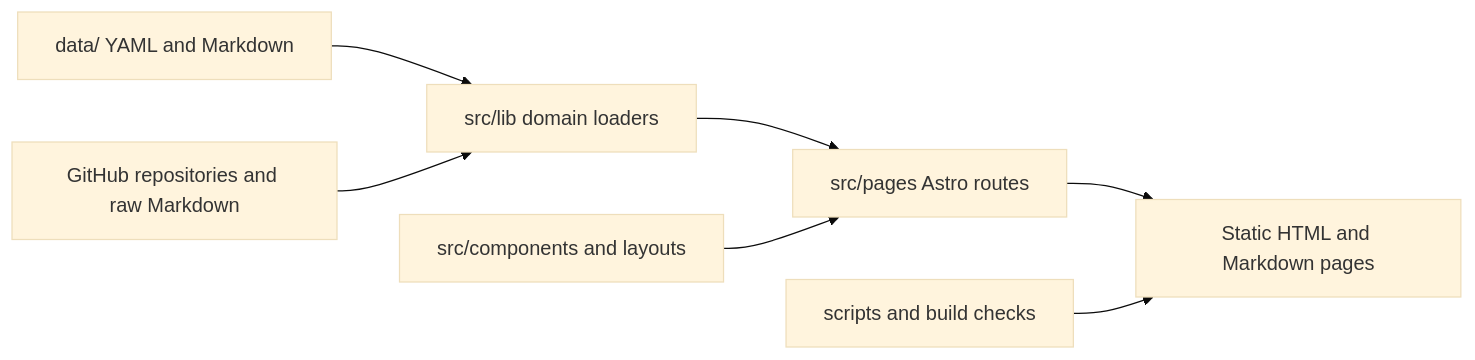
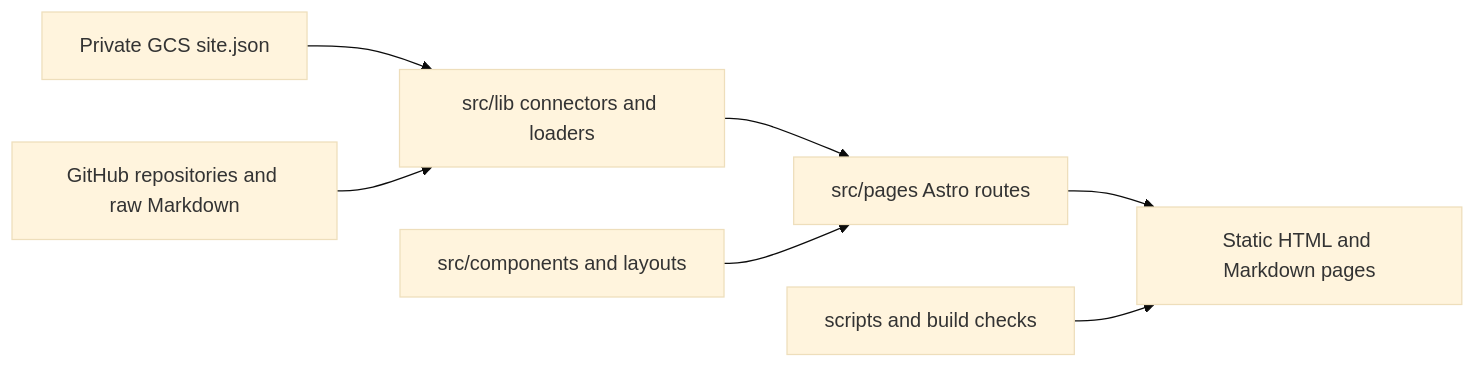
The diagram in docs/README.md (gvillarroel/technology), drawn with Mermaid (base theme) before and after one commit. The commit also changed other lines of this file and 51 other files, not shown here.

````diff
--- a/docs/README.md
+++ b/docs/README.md
@@ -13,9 +13,9 @@
 ```mermaid
 flowchart LR
-    A["data/ YAML and Markdown"] --> B["src/lib domain loaders"]
+    A["Private GCS site.json"] --> B["src/lib connectors and loaders"]
     C["GitHub repositories and raw Markdown"] --> B
     D["src/pages Astro routes"] --> E["Static HTML and Markdown pages"]
     B --> D
     F["src/components and layouts"] --> D
     G["scripts and build checks"] --> E
 ```
````
